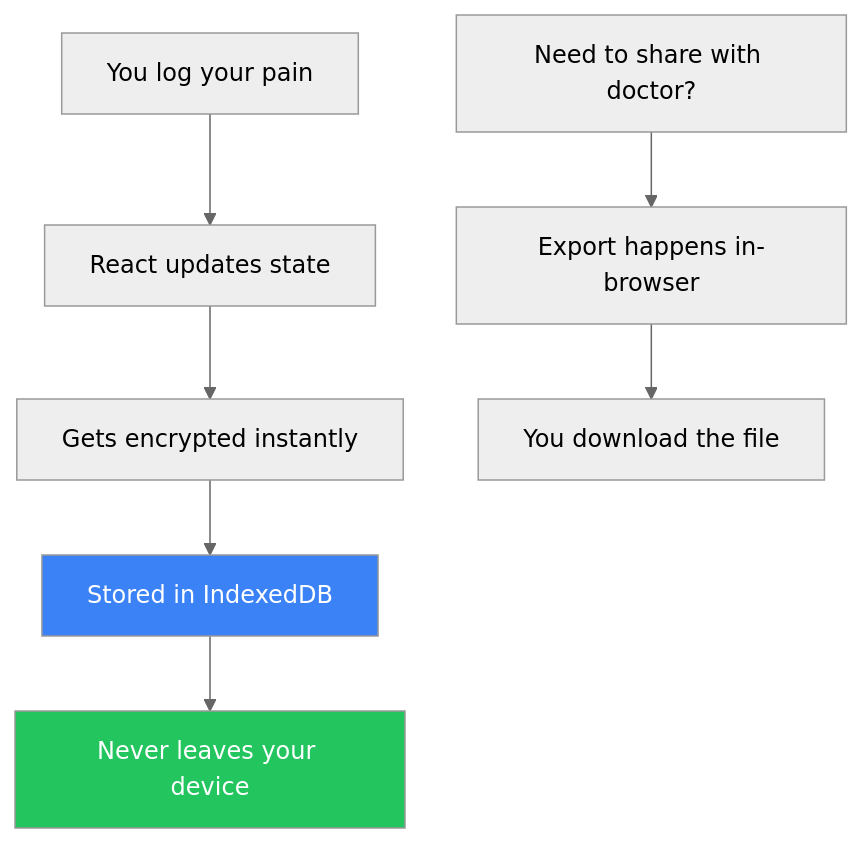
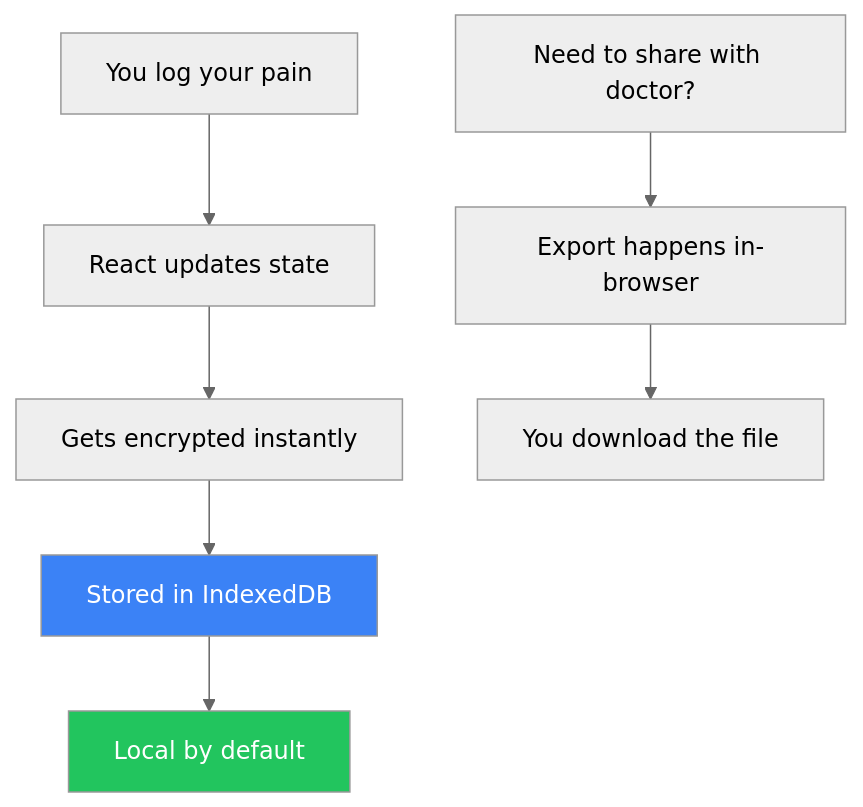
One commit to CrisisCore-Systems/pain-tracker changed the diagram in docs/notes/cmimpjtgb000302l5dzzt4p59.md. Above: the diagram before and after it, drawn with Mermaid (neutral theme). The commit also changed other lines of this file and 208 other files, not shown here.

````diff
--- a/docs/notes/cmimpjtgb000302l5dzzt4p59.md
+++ b/docs/notes/cmimpjtgb000302l5dzzt4p59.md
@@ -69,13 +69,13 @@
 ```mermaid
 graph TD
     A["You log your pain"] --> B["React updates state"]
     B --> C["Gets encrypted instantly"]
     C --> D["Stored in IndexedDB"]
-    D --> E["Never leaves your device"]
+    D --> E["Local by default"]
     
     F["Need to share with doctor?"] --> G["Export happens in-browser"]
     G --> H["You download the file"]
     
     style E fill:#22c55e,color:#fff
     style D fill:#3b82f6,color:#fff
 ```
````
